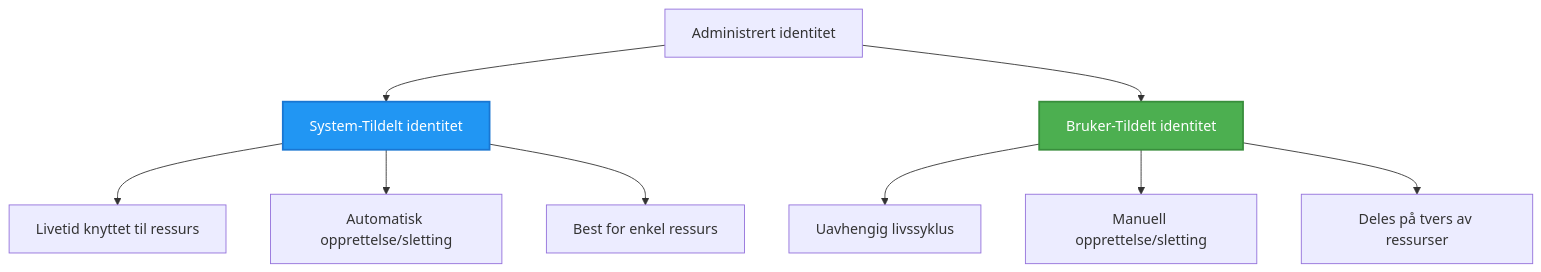
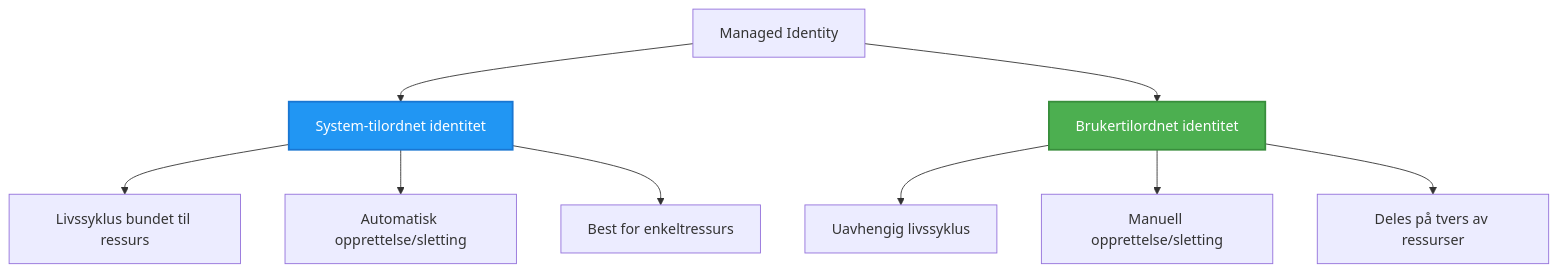
The second of 2 diagrams in translations/no/docs/chapter-03-configuration/authsecurity.md (microsoft/AZD-for-beginners), drawn with Mermaid before and after one commit. The commit also changed other lines of this file and 104 other files, not shown here.

````diff
--- a/translations/no/docs/chapter-03-configuration/authsecurity.md
+++ b/translations/no/docs/chapter-03-configuration/authsecurity.md
@@ -97,20 +98,20 @@
 ```mermaid
 graph TB
-    MI[Administrert identitet]
-    SystemAssigned[System-Tildelt identitet]
-    UserAssigned[Bruker-Tildelt identitet]
+    MI[Managed Identity]
+    SystemAssigned[System-tilordnet identitet]
+    UserAssigned[Brukertilordnet identitet]
     
     MI --> SystemAssigned
     MI --> UserAssigned
     
-    SystemAssigned --> SA1[Livetid knyttet til ressurs]
+    SystemAssigned --> SA1[Livssyklus bundet til ressurs]
     SystemAssigned --> SA2[Automatisk opprettelse/sletting]
-    SystemAssigned --> SA3[Best for enkel ressurs]
+    SystemAssigned --> SA3[Best for enkeltressurs]
     
     UserAssigned --> UA1[Uavhengig livssyklus]
     UserAssigned --> UA2[Manuell opprettelse/sletting]
     UserAssigned --> UA3[Deles på tvers av ressurser]
     
     style SystemAssigned fill:#2196F3,stroke:#1976D2,stroke-width:2px,color:#fff
     style UserAssigned fill:#4CAF50,stroke:#388E3C,stroke-width:2px,color:#fff
 ```
````
